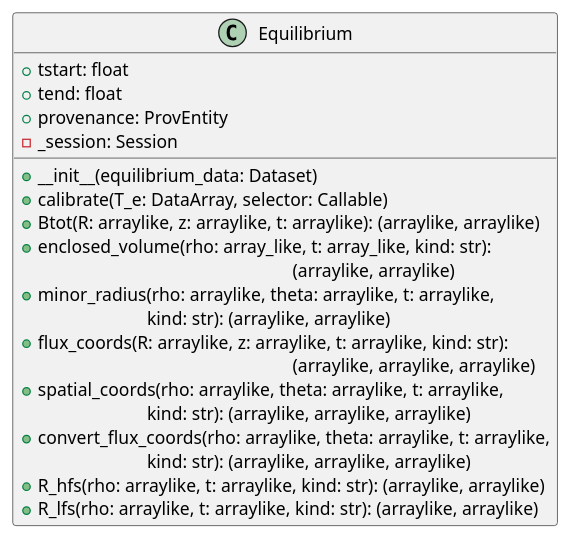
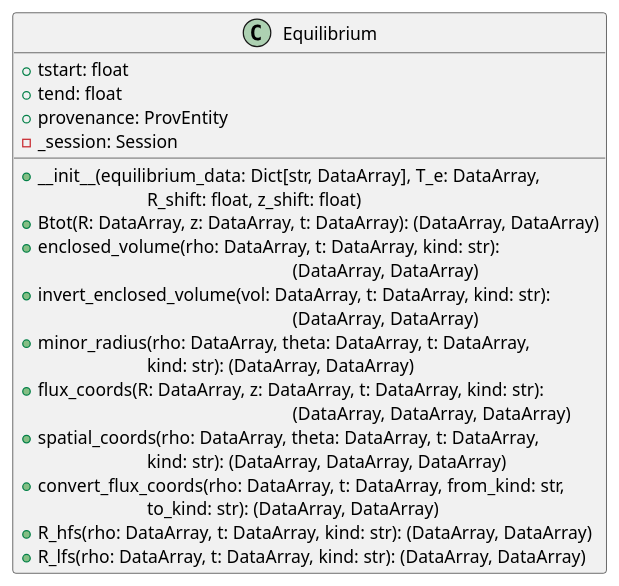
One commit to indica-mcf/Indica changed the first of 7 diagrams in doc/design.rst. Above: the diagram before and after it, drawn with PlantUML. The commit also changed other lines of this file and 3 other files, not shown here.

```diff
--- a/doc/design.rst
+++ b/doc/design.rst
@@ -120,24 +124,26 @@
 .. uml::
 
    class Equilibrium {
    + tstart: float
    + tend: float
    + provenance: ProvEntity
    - _session: Session
 
-   + __init__(equilibrium_data: Dataset)
-   + calibrate(T_e: DataArray, selector: Callable)
-   + Btot(R: arraylike, z: arraylike, t: arraylike): (arraylike, arraylike)
-   + enclosed_volume(rho: array_like, t: array_like, kind: str):
-     \t\t\t\t\t\t\t(arraylike, arraylike)
-   + minor_radius(rho: arraylike, theta: arraylike, t: arraylike,
-     \t\t\tkind: str): (arraylike, arraylike)
-   + flux_coords(R: arraylike, z: arraylike, t: arraylike, kind: str):
-     \t\t\t\t\t\t\t(arraylike, arraylike, arraylike)
-   + spatial_coords(rho: arraylike, theta: arraylike, t: arraylike,
-     \t\t\tkind: str): (arraylike, arraylike, arraylike)
-   + convert_flux_coords(rho: arraylike, theta: arraylike, t: arraylike,
-     \t\t\tkind: str): (arraylike, arraylike, arraylike)
-   + R_hfs(rho: arraylike, t: arraylike, kind: str): (arraylike, arraylike)
-   + R_lfs(rho: arraylike, t: arraylike, kind: str): (arraylike, arraylike)
+   + __init__(equilibrium_data: Dict[str, DataArray], T_e: DataArray,
+     \t\t\tR_shift: float, z_shift: float)
+   + Btot(R: DataArray, z: DataArray, t: DataArray): (DataArray, DataArray)
+   + enclosed_volume(rho: DataArray, t: DataArray, kind: str):
+     \t\t\t\t\t\t\t(DataArray, DataArray)
+   + invert_enclosed_volume(vol: DataArray, t: DataArray, kind: str):
+     \t\t\t\t\t\t\t(DataArray, DataArray)
+   + minor_radius(rho: DataArray, theta: DataArray, t: DataArray,
+     \t\t\tkind: str): (DataArray, DataArray)
+   + flux_coords(R: DataArray, z: DataArray, t: DataArray, kind: str):
+     \t\t\t\t\t\t\t(DataArray, DataArray, DataArray)
+   + spatial_coords(rho: DataArray, theta: DataArray, t: DataArray,
+     \t\t\tkind: str): (DataArray, DataArray, DataArray)
+   + convert_flux_coords(rho: DataArray, t: DataArray, from_kind: str,
+     \t\t\tto_kind: str): (DataArray, DataArray)
+   + R_hfs(rho: DataArray, t: DataArray, kind: str): (DataArray, DataArray)
+   + R_lfs(rho: DataArray, t: DataArray, kind: str): (DataArray, DataArray)
    }
```
